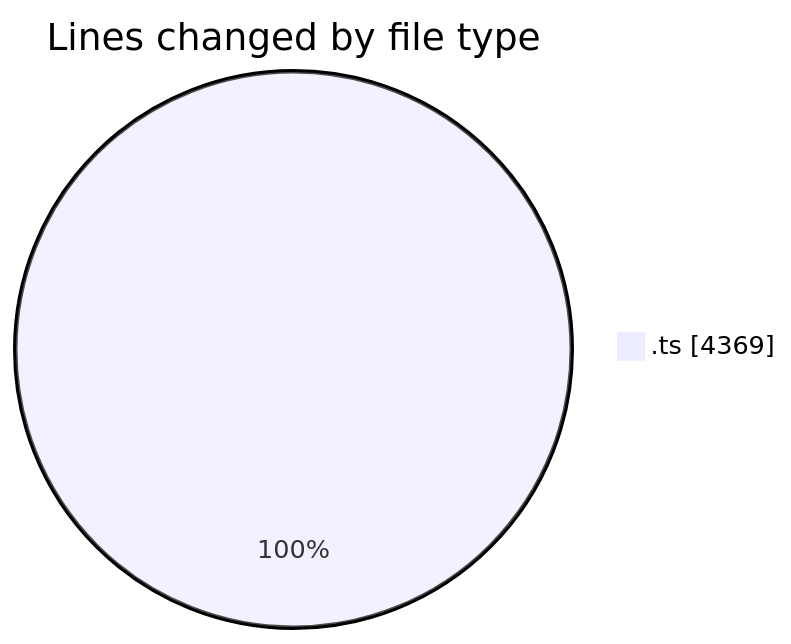
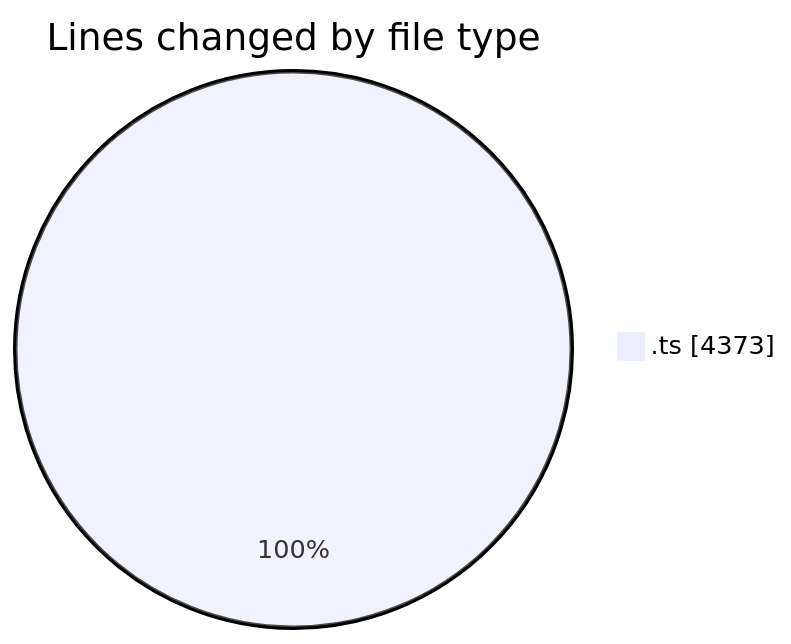
One commit to momahboobian/code-tracking changed the first of 2 diagrams in 2026-10-28/cda/README.md. Above: the diagram before and after it, drawn with Mermaid. The commit also changed other lines of this file and 1 other file, not shown here.

````diff
--- a/2026-10-28/cda/README.md
+++ b/2026-10-28/cda/README.md
@@ -24,5 +24,5 @@
 ```mermaid
 pie showData
 title Lines changed by file type
-".ts" : 4369
+".ts" : 4373
 ```
````
